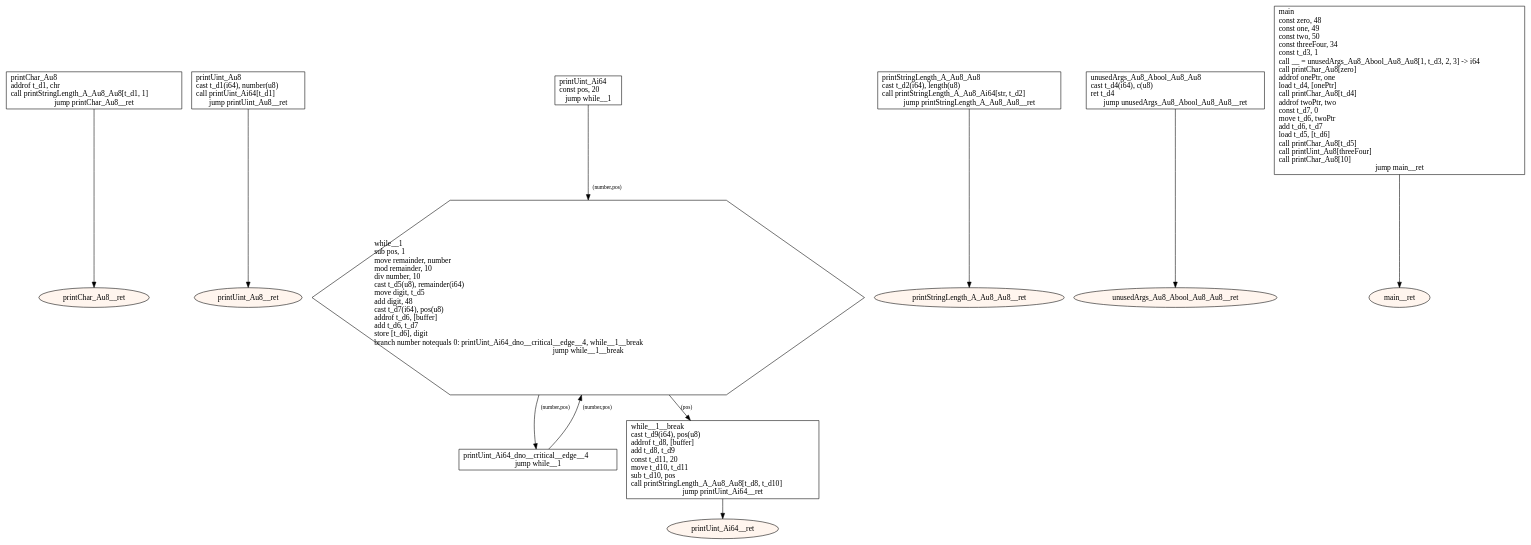
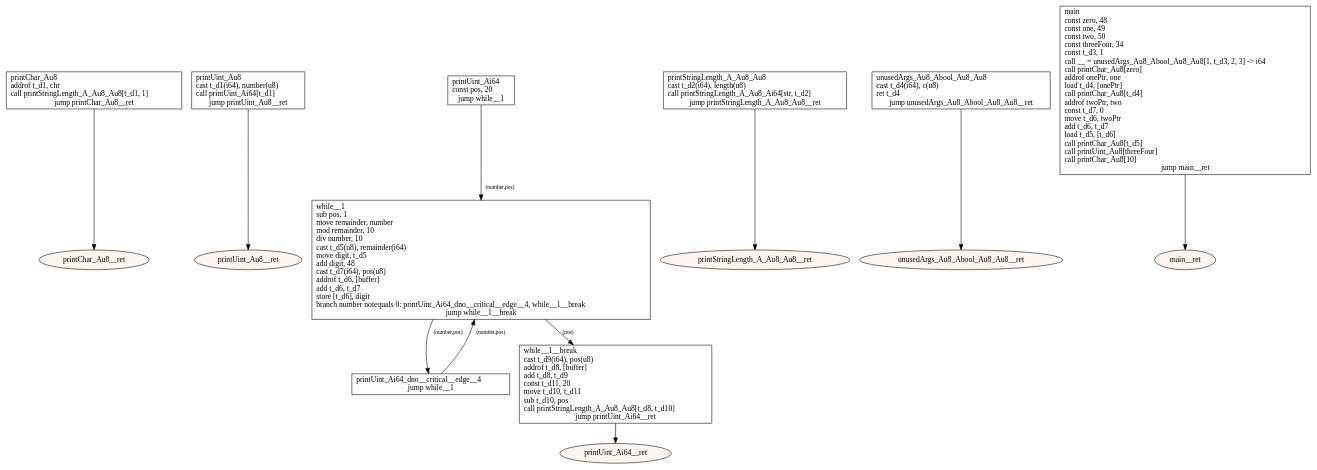
One commit to tmssngr/tinyC changed the diagram in src/main/resources-test/compiler/windows/basics.dot. Above: the diagram before and after it, drawn with Graphviz. The commit also changed 21 other files, not shown here.

```diff
--- a/src/main/resources-test/compiler/windows/basics.dot
+++ b/src/main/resources-test/compiler/windows/basics.dot
@@ -1,40 +1,40 @@
 digraph program {
 	edge[fontsize="10pt"];
 	subgraph fn_printChar_Au8 {
 		BasicBlock_0_printChar_Au8 [label="printChar_Au8\laddrof t_d1, chr\lcall printStringLength_A_Au8_Au8[t_d1, 1]\ljump printChar_Au8__ret",shape=box];
 		BasicBlock_0_printChar_Au8 -> BasicBlock_0_printChar_Au8__ret;
 		BasicBlock_0_printChar_Au8__ret [label="printChar_Au8__ret",shape=oval,style=filled,fillcolor="#fff5ee"];
 	}
 	subgraph fn_printUint_Au8 {
 		BasicBlock_1_printUint_Au8 [label="printUint_Au8\lcast t_d1(i64), number(u8)\lcall printUint_Ai64[t_d1]\ljump printUint_Au8__ret",shape=box];
 		BasicBlock_1_printUint_Au8 -> BasicBlock_1_printUint_Au8__ret;
 		BasicBlock_1_printUint_Au8__ret [label="printUint_Au8__ret",shape=oval,style=filled,fillcolor="#fff5ee"];
 	}
 	subgraph fn_printUint_Ai64 {
 		BasicBlock_2_printUint_Ai64 [label="printUint_Ai64\lconst pos, 20\ljump while__1",shape=box];
 		BasicBlock_2_printUint_Ai64 -> BasicBlock_2_while__1 [label="(number,pos)"];
 		BasicBlock_2_printUint_Ai64_dno__critical__edge__4 [label="printUint_Ai64_dno__critical__edge__4\ljump while__1",shape=box];
 		BasicBlock_2_printUint_Ai64_dno__critical__edge__4 -> BasicBlock_2_while__1 [label="(number,pos)"];
-		BasicBlock_2_while__1 [label="while__1\lsub pos, 1\lmove remainder, number\lmod remainder, 10\ldiv number, 10\lcast t_d5(u8), remainder(i64)\lmove digit, t_d5\ladd digit, 48\lcast t_d7(i64), pos(u8)\laddrof t_d6, [buffer]\ladd t_d6, t_d7\lstore [t_d6], digit\lbranch number notequals 0: printUint_Ai64_dno__critical__edge__4, while__1__break\ljump while__1__break",shape=hexagon];
+		BasicBlock_2_while__1 [label="while__1\lsub pos, 1\lmove remainder, number\lmod remainder, 10\ldiv number, 10\lcast t_d5(u8), remainder(i64)\lmove digit, t_d5\ladd digit, 48\lcast t_d7(i64), pos(u8)\laddrof t_d6, [buffer]\ladd t_d6, t_d7\lstore [t_d6], digit\lbranch number notequals 0: printUint_Ai64_dno__critical__edge__4, while__1__break\ljump while__1__break",shape=box];
 		BasicBlock_2_while__1 -> BasicBlock_2_printUint_Ai64_dno__critical__edge__4 [label="(number,pos)"];
 		BasicBlock_2_while__1 -> BasicBlock_2_while__1__break [label="(pos)"];
 		BasicBlock_2_while__1__break [label="while__1__break\lcast t_d9(i64), pos(u8)\laddrof t_d8, [buffer]\ladd t_d8, t_d9\lconst t_d11, 20\lmove t_d10, t_d11\lsub t_d10, pos\lcall printStringLength_A_Au8_Au8[t_d8, t_d10]\ljump printUint_Ai64__ret",shape=box];
 		BasicBlock_2_while__1__break -> BasicBlock_2_printUint_Ai64__ret;
 		BasicBlock_2_printUint_Ai64__ret [label="printUint_Ai64__ret",shape=oval,style=filled,fillcolor="#fff5ee"];
 	}
 	subgraph fn_printStringLength_A_Au8_Au8 {
 		BasicBlock_3_printStringLength_A_Au8_Au8 [label="printStringLength_A_Au8_Au8\lcast t_d2(i64), length(u8)\lcall printStringLength_A_Au8_Ai64[str, t_d2]\ljump printStringLength_A_Au8_Au8__ret",shape=box];
 		BasicBlock_3_printStringLength_A_Au8_Au8 -> BasicBlock_3_printStringLength_A_Au8_Au8__ret;
 		BasicBlock_3_printStringLength_A_Au8_Au8__ret [label="printStringLength_A_Au8_Au8__ret",shape=oval,style=filled,fillcolor="#fff5ee"];
 	}
 	subgraph fn_unusedArgs_Au8_Abool_Au8_Au8 {
 		BasicBlock_4_unusedArgs_Au8_Abool_Au8_Au8 [label="unusedArgs_Au8_Abool_Au8_Au8\lcast t_d4(i64), c(u8)\lret t_d4\ljump unusedArgs_Au8_Abool_Au8_Au8__ret",shape=box];
 		BasicBlock_4_unusedArgs_Au8_Abool_Au8_Au8 -> BasicBlock_4_unusedArgs_Au8_Abool_Au8_Au8__ret;
 		BasicBlock_4_unusedArgs_Au8_Abool_Au8_Au8__ret [label="unusedArgs_Au8_Abool_Au8_Au8__ret",shape=oval,style=filled,fillcolor="#fff5ee"];
 	}
 	subgraph fn_main {
 		BasicBlock_5_main [label="main\lconst zero, 48\lconst one, 49\lconst two, 50\lconst threeFour, 34\lconst t_d3, 1\lcall __ = unusedArgs_Au8_Abool_Au8_Au8[1, t_d3, 2, 3] -> i64\lcall printChar_Au8[zero]\laddrof onePtr, one\lload t_d4, [onePtr]\lcall printChar_Au8[t_d4]\laddrof twoPtr, two\lconst t_d7, 0\lmove t_d6, twoPtr\ladd t_d6, t_d7\lload t_d5, [t_d6]\lcall printChar_Au8[t_d5]\lcall printUint_Au8[threeFour]\lcall printChar_Au8[10]\ljump main__ret",shape=box];
 		BasicBlock_5_main -> BasicBlock_5_main__ret;
 		BasicBlock_5_main__ret [label="main__ret",shape=oval,style=filled,fillcolor="#fff5ee"];
 	}
 }
```
